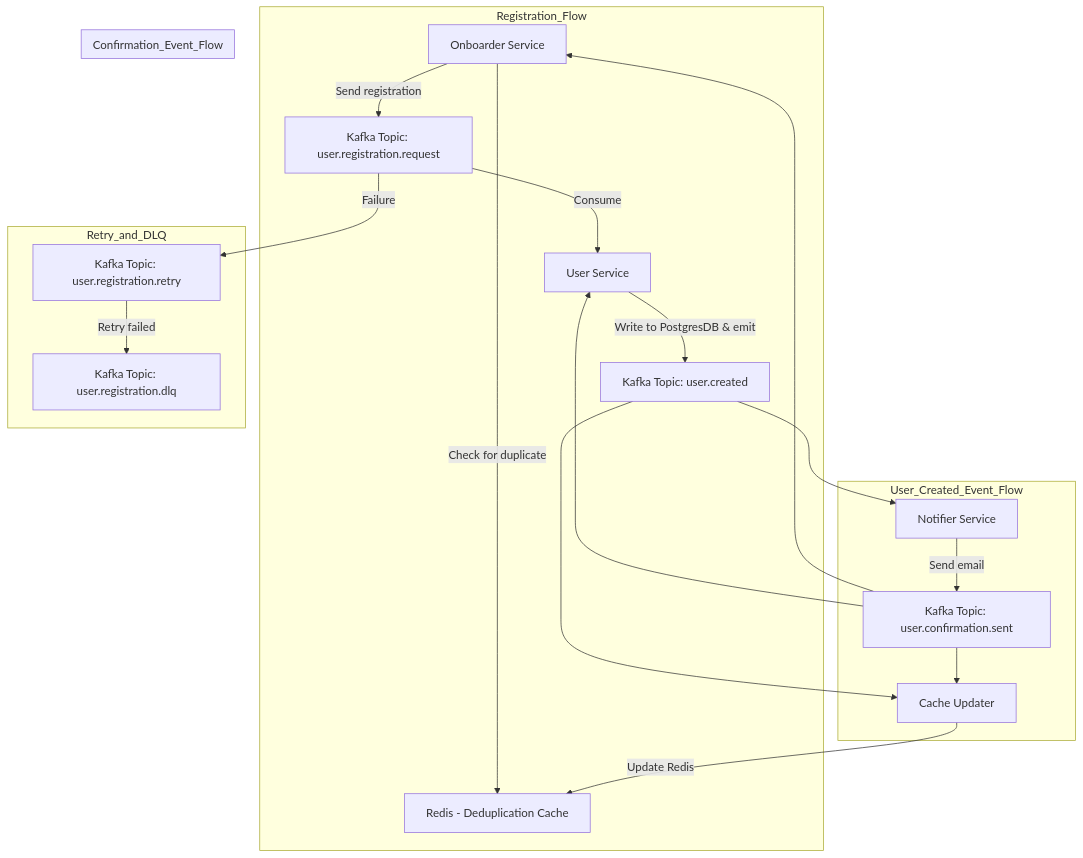
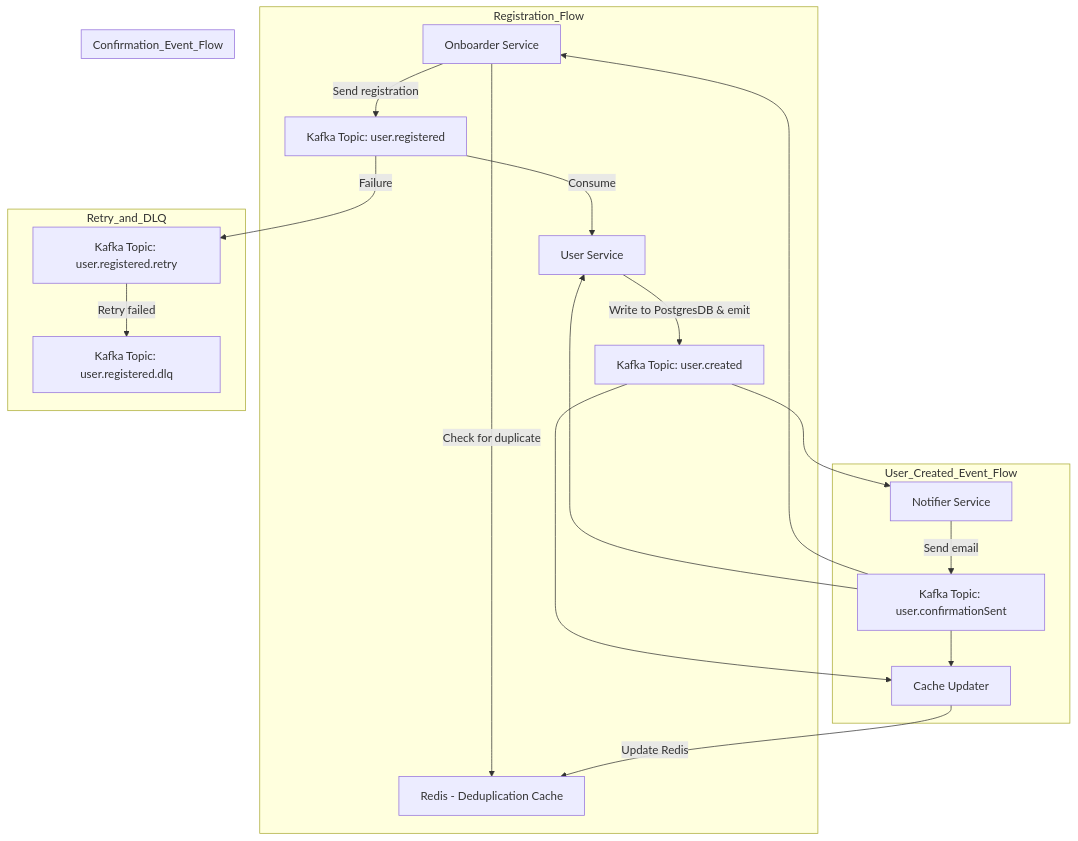
The second of 4 diagrams in Jade-Palace.md (AnuchitO/softcraft-valley), drawn with Mermaid before and after one commit. The commit also changed other lines of this file, not shown here.

Commit message:
update: sequence diagram user register flow

````diff
--- a/Jade-Palace.md
+++ b/Jade-Palace.md
@@ -539,40 +558,40 @@
 ```mermaid
 flowchart TD
   subgraph Registration_Flow
     Onboarder[Onboarder Service]
     Redis[Redis - Deduplication Cache]
-    KafkaUserRegCmd["Kafka Topic: user.registration.request"]
+    KafkaUserRegCmd["Kafka Topic: user.registered"]
     UserService[User Service]
     KafkaUserCreatedEvt["Kafka Topic: user.created"]
 
     Onboarder -->|Check for duplicate| Redis
     Onboarder -->|Send registration| KafkaUserRegCmd
     KafkaUserRegCmd -->|Consume| UserService
     UserService -->|Write to PostgresDB & emit| KafkaUserCreatedEvt
   end
 
   subgraph User_Created_Event_Flow
     Notifier[Notifier Service]
     CacheUpdater[Cache Updater]
-    KafkaUserConfirmedEvt["Kafka Topic: user.confirmation.sent"]
+    KafkaUserConfirmedEvt["Kafka Topic: user.confirmationSent"]
 
     KafkaUserCreatedEvt --> Notifier
     KafkaUserCreatedEvt --> CacheUpdater
     CacheUpdater -->|Update Redis| Redis
     Notifier -->|Send email| KafkaUserConfirmedEvt
   end
 
   subgraph Confirmation_Event_Flow
     KafkaUserConfirmedEvt --> CacheUpdater
     KafkaUserConfirmedEvt --> UserService
     KafkaUserConfirmedEvt --> Onboarder
   end
 
   subgraph Retry_and_DLQ
-    KafkaRetry["Kafka Topic: user.registration.retry"]
-    KafkaDLQ["Kafka Topic: user.registration.dlq"]
+    KafkaRetry["Kafka Topic: user.registered.retry"]
+    KafkaDLQ["Kafka Topic: user.registered.dlq"]
 
     KafkaUserRegCmd -->|Failure| KafkaRetry
     KafkaRetry -->|Retry failed| KafkaDLQ
   end
 ```
````
